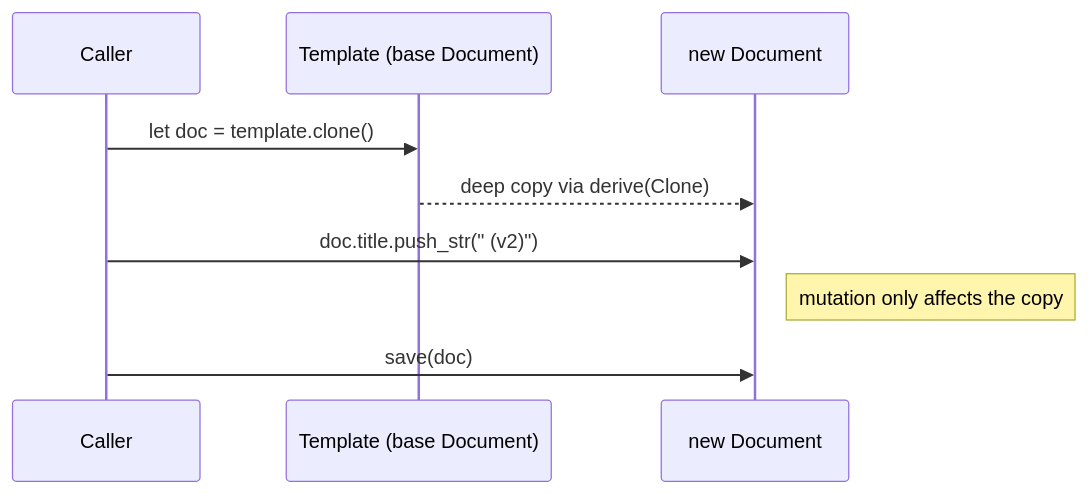
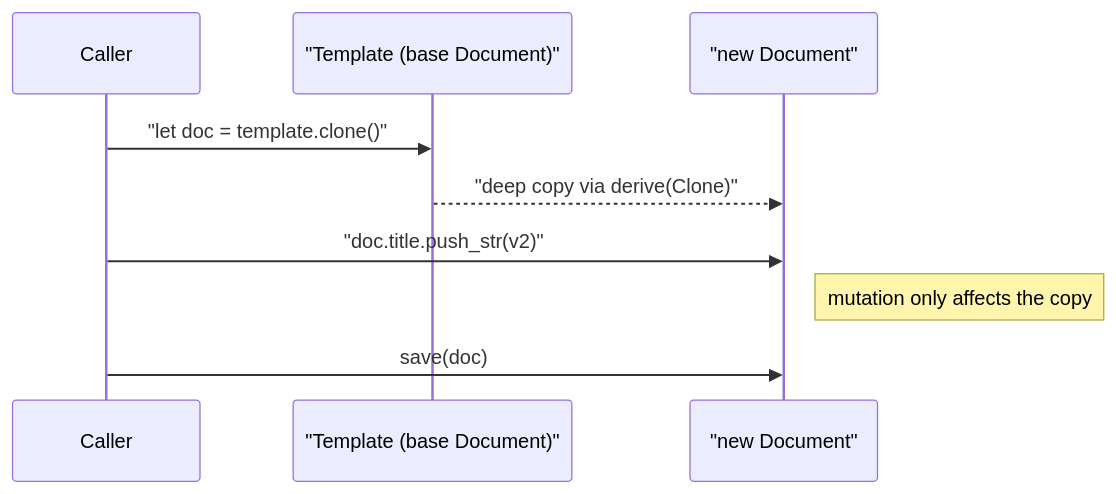
One commit to rajeshpillai/rust-patterns changed the diagram in patterns/gof-creational/prototype/diagrams/usage.mmd. Above: the diagram before and after it, drawn with Mermaid. The commit also changed 16 other files, not shown here.

```diff
--- a/patterns/gof-creational/prototype/diagrams/usage.mmd
+++ b/patterns/gof-creational/prototype/diagrams/usage.mmd
@@ -1,13 +1,13 @@
 %% Real-world Prototype in Rust: keep a "template" and Clone it when
 %% you need a new instance, then mutate the copy. It's one line of
 %% code per usage.
 sequenceDiagram
     participant Caller
-    participant T as Template (base Document)
-    participant D as new Document
+    participant T as "Template (base Document)"
+    participant D as "new Document"
 
-    Caller->>T: let doc = template.clone()
-    T-->>D: deep copy via derive(Clone)
-    Caller->>D: doc.title.push_str(" (v2)")
+    Caller->>T: "let doc = template.clone()"
+    T-->>D: "deep copy via derive(Clone)"
+    Caller->>D: "doc.title.push_str(v2)"
     Note right of D: mutation only affects the copy
     Caller->>D: save(doc)
```
